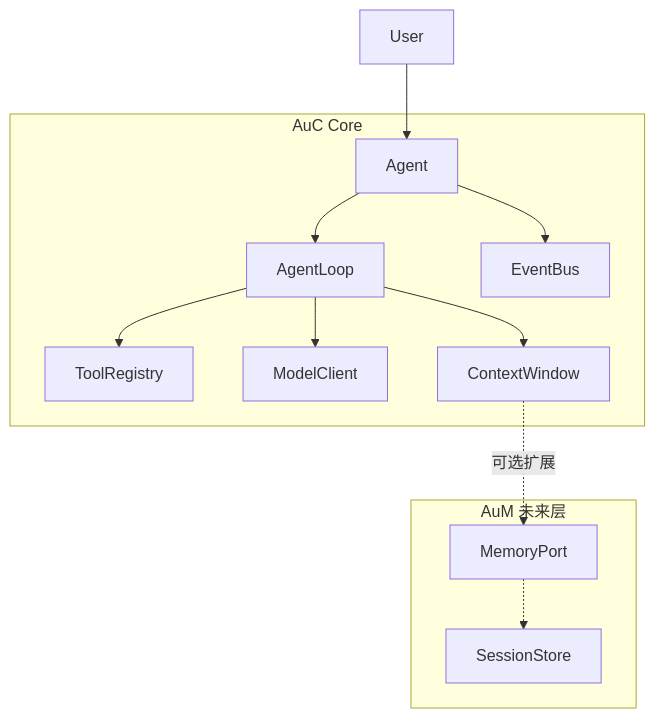
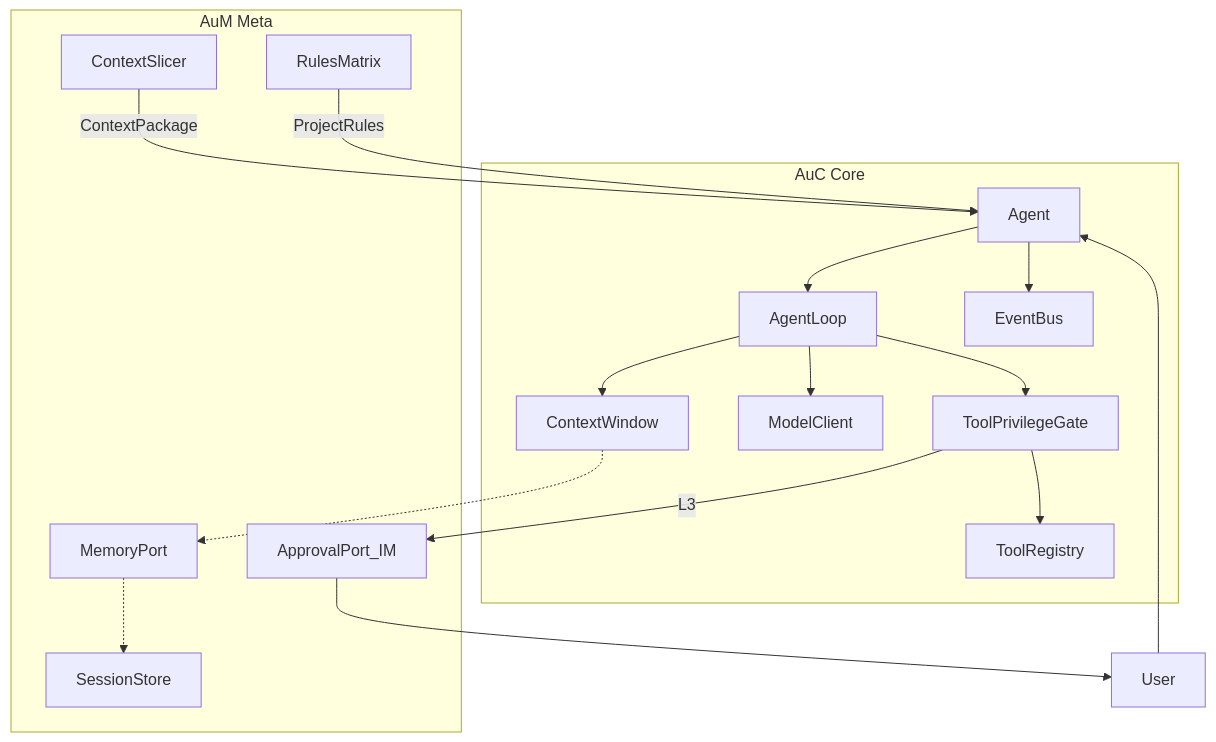
Before and after one commit to ufy2024/AuC: the first of 2 diagrams in docs/architecture.md, drawn with Mermaid. The commit also changed other lines of this file and 13 other files, not shown here.

Commit message:
docs: integrate Claude Code patterns (slicer, rules, L3 2FA)

````diff
--- a/docs/architecture.md
+++ b/docs/architecture.md
@@ -15,23 +20,32 @@
 ```mermaid
 flowchart TB
   subgraph auc [AuC Core]
     Agent[Agent]
     Loop[AgentLoop]
     Tools[ToolRegistry]
+    Gate[ToolPrivilegeGate]
     LLM[ModelClient]
     Ctx[ContextWindow]
     Events[EventBus]
   end
-  subgraph aum [AuM 未来层]
+  subgraph aum [AuM Meta]
     MemPort[MemoryPort]
+    Slicer[ContextSlicer]
+    Rules[RulesMatrix]
+    Approval[ApprovalPort_IM]
     Store[SessionStore]
   end
   User --> Agent
+  Slicer -->|ContextPackage| Agent
+  Rules -->|ProjectRules| Agent
   Agent --> Loop
   Loop --> LLM
-  Loop --> Tools
+  Loop --> Gate
+  Gate --> Tools
   Loop --> Ctx
   Agent --> Events
-  Ctx -.->|可选扩展| MemPort
+  Gate -->|L3| Approval
+  Approval --> User
+  Ctx -.-> MemPort
   MemPort -.-> Store
 ```
````
